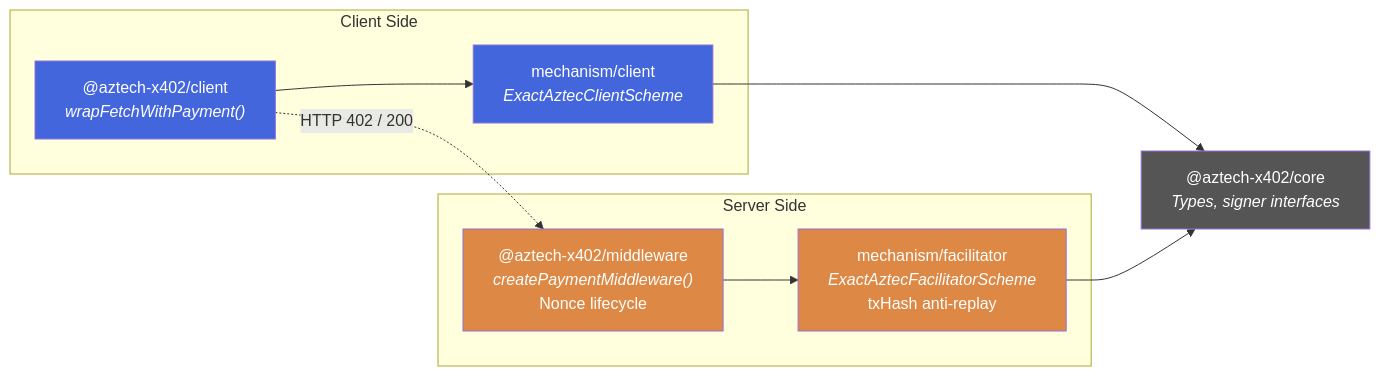
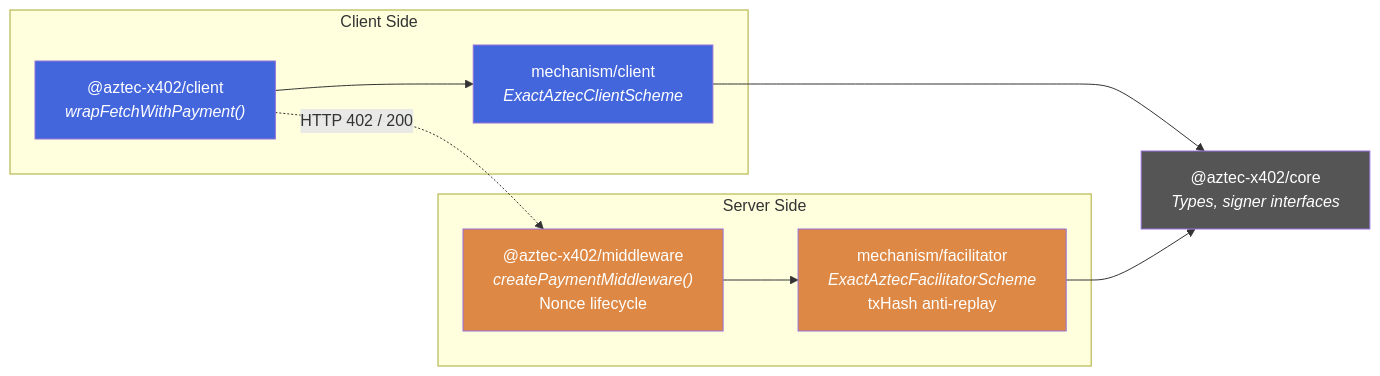
Before and after one commit to Galactica-corp/aztec-x402: the third of 3 diagrams in readme.md, drawn with Mermaid. The commit also changed other lines of this file and 27 other files, not shown here.

````diff
--- a/readme.md
+++ b/readme.md
@@ -67,26 +67,26 @@
 ```mermaid
 graph LR
     subgraph Client Side
-        CL["@aztech-x402/client<br/><i>wrapFetchWithPayment()</i>"]
+        CL["@aztec-x402/client<br/><i>wrapFetchWithPayment()</i>"]
         MC["mechanism/client<br/><i>ExactAztecClientScheme</i>"]
     end
 
     subgraph Server Side
-        MW["@aztech-x402/middleware<br/><i>createPaymentMiddleware()</i><br/>Nonce lifecycle"]
+        MW["@aztec-x402/middleware<br/><i>createPaymentMiddleware()</i><br/>Nonce lifecycle"]
         MF["mechanism/facilitator<br/><i>ExactAztecFacilitatorScheme</i><br/>txHash anti-replay"]
     end
 
-    CO["@aztech-x402/core<br/><i>Types, signer interfaces</i>"]
+    CO["@aztec-x402/core<br/><i>Types, signer interfaces</i>"]
 
     CL --> MC
     MW --> MF
     MC --> CO
     MF --> CO
     CL -.->|HTTP 402 / 200| MW
 
     style CL fill:#46d,color:#fff
     style MC fill:#46d,color:#fff
     style MW fill:#d84,color:#fff
     style MF fill:#d84,color:#fff
     style CO fill:#555,color:#fff
 ```
````
